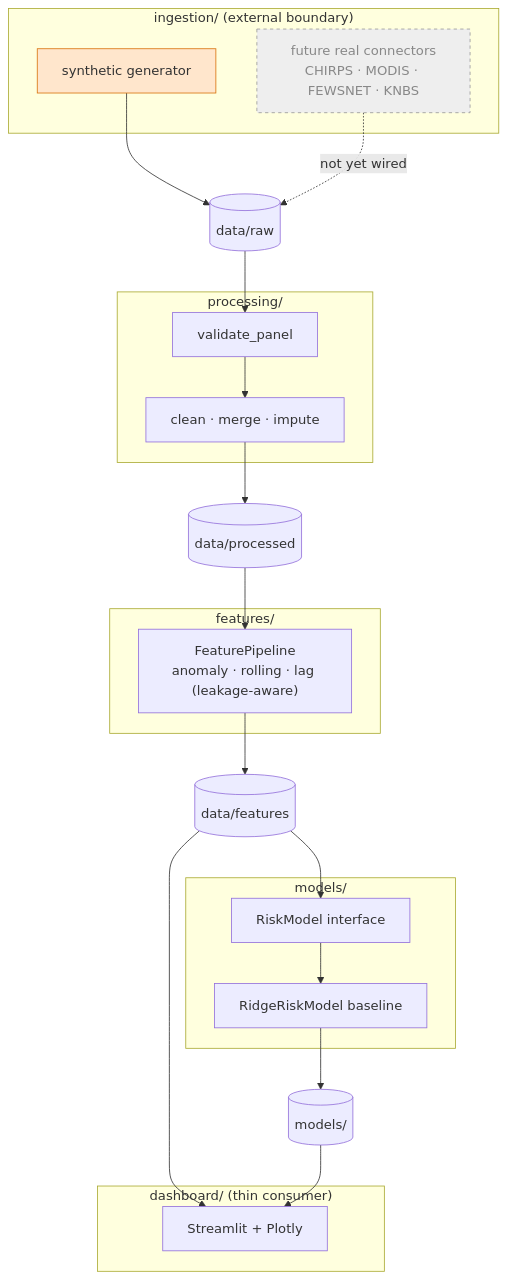
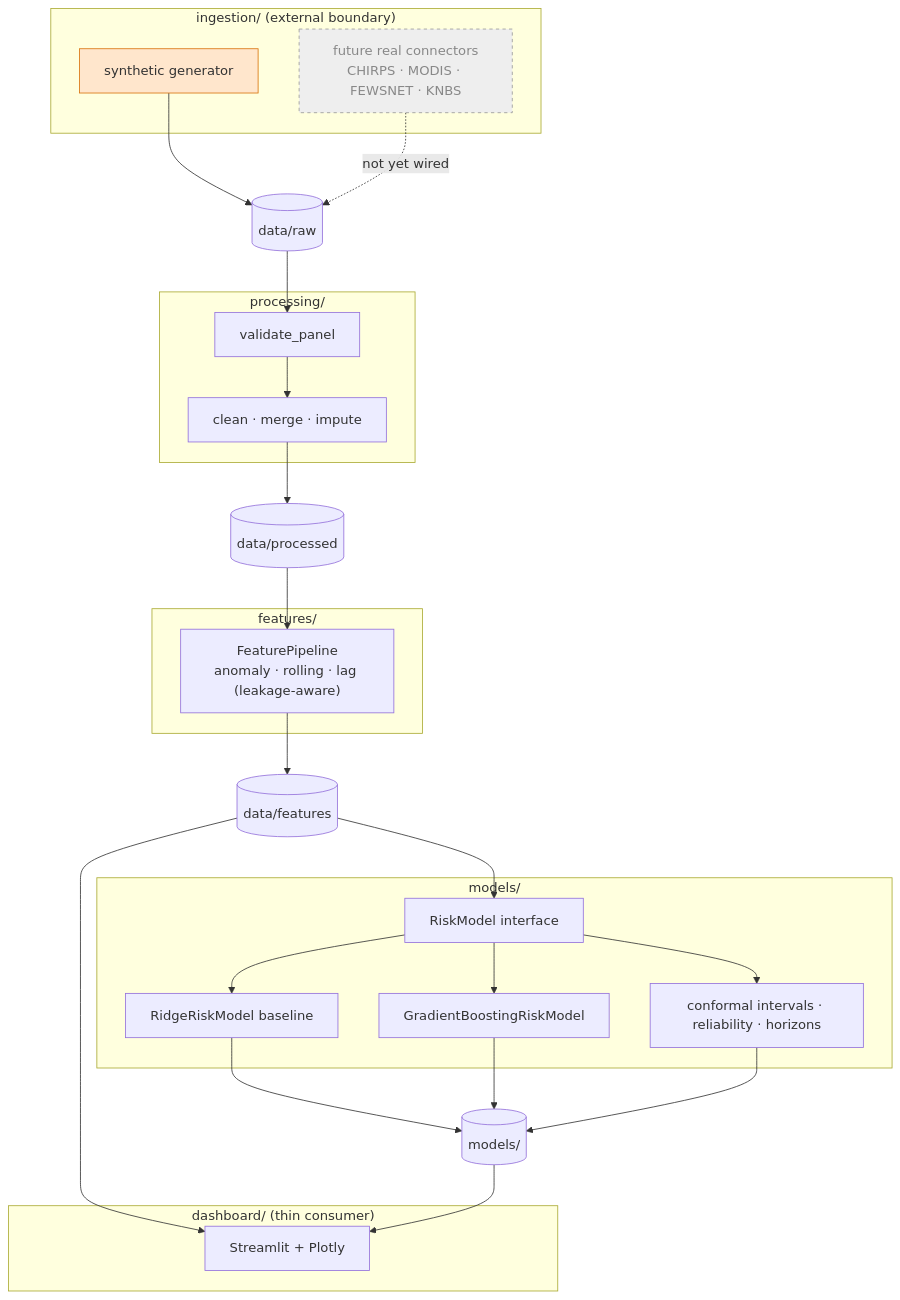
The diagram in README.md (kenmambo/agririsk), drawn with Mermaid before and after one commit. The commit also changed other lines of this file and 14 other files, not shown here.

Commit message:
feat(m3): gradient boosting vs Ridge, conformal uncertainty, reliability, forecast horizons

````diff
--- a/README.md
+++ b/README.md
@@ -169,35 +178,39 @@
 ```mermaid
 flowchart TD
     subgraph Ingestion["ingestion/  (external boundary)"]
       SYN["synthetic generator"]:::syn
       REAL["future real connectors\nCHIRPS · MODIS · FEWSNET · KNBS"]:::todo
     end
     RAW[(data/raw)]
     subgraph Processing["processing/"]
       VAL["validate_panel"]
       PRE["clean · merge · impute"]
     end
     PROC[(data/processed)]
     subgraph Features["features/"]
       FE["FeaturePipeline\nanomaly · rolling · lag (leakage-aware)"]
     end
     STORE[(data/features)]
     subgraph Models["models/"]
       BASE["RiskModel interface"]
       RIDGE["RidgeRiskModel baseline"]
+      GBM["GradientBoostingRiskModel"]
+      UNC["conformal intervals · reliability · horizons"]
     end
     ART[(models/)]
     subgraph UI["dashboard/  (thin consumer)"]
       APP["Streamlit + Plotly"]
     end
 
     SYN --> RAW
     REAL -.not yet wired.-> RAW
     RAW --> VAL --> PRE --> PROC
     PROC --> FE --> STORE
     STORE --> BASE --> RIDGE --> ART
+    BASE --> GBM --> ART
+    BASE --> UNC --> ART
     STORE --> APP
     ART --> APP
     classDef syn fill:#ffe6cc,stroke:#d9730d;
     classDef todo fill:#eee,stroke:#999,stroke-dasharray:4 4,color:#888;
 ```
````
